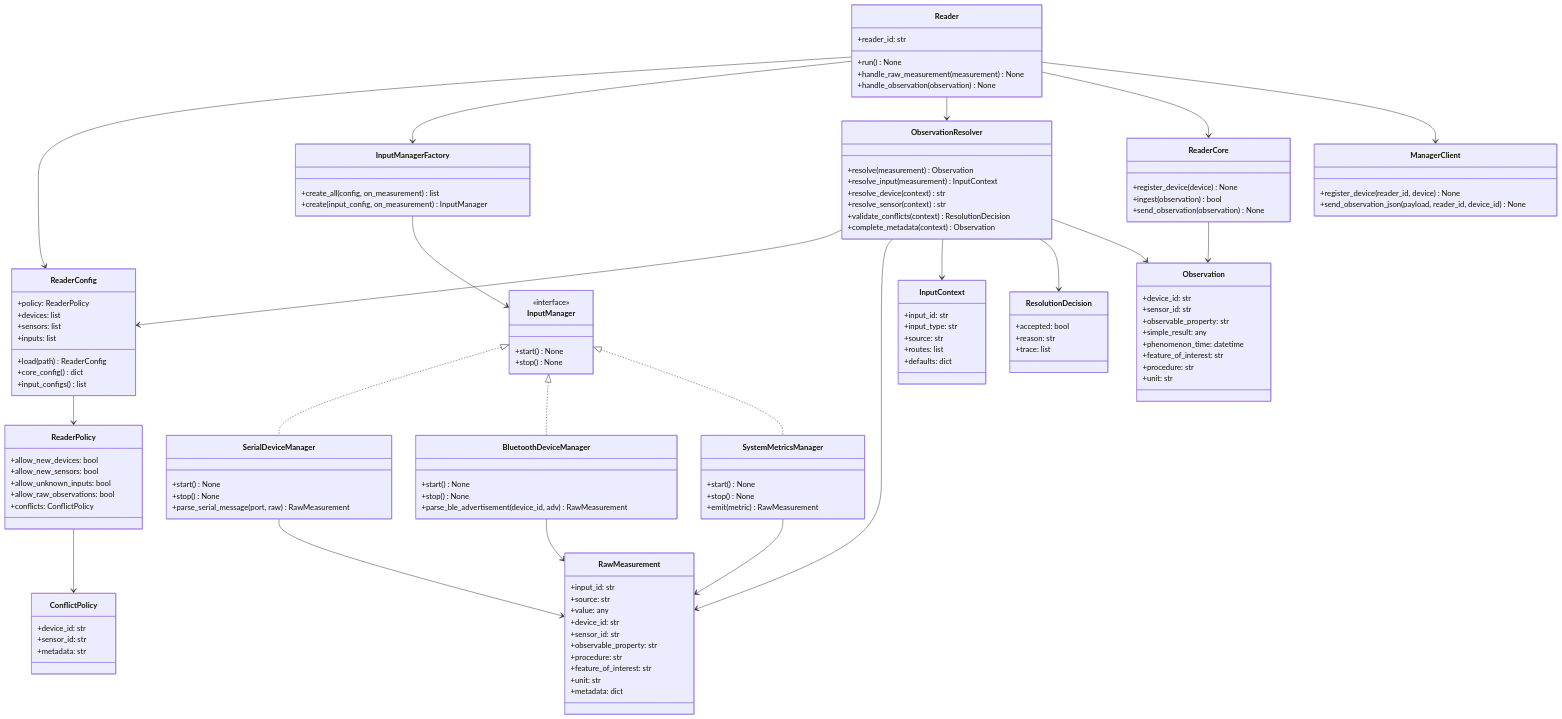
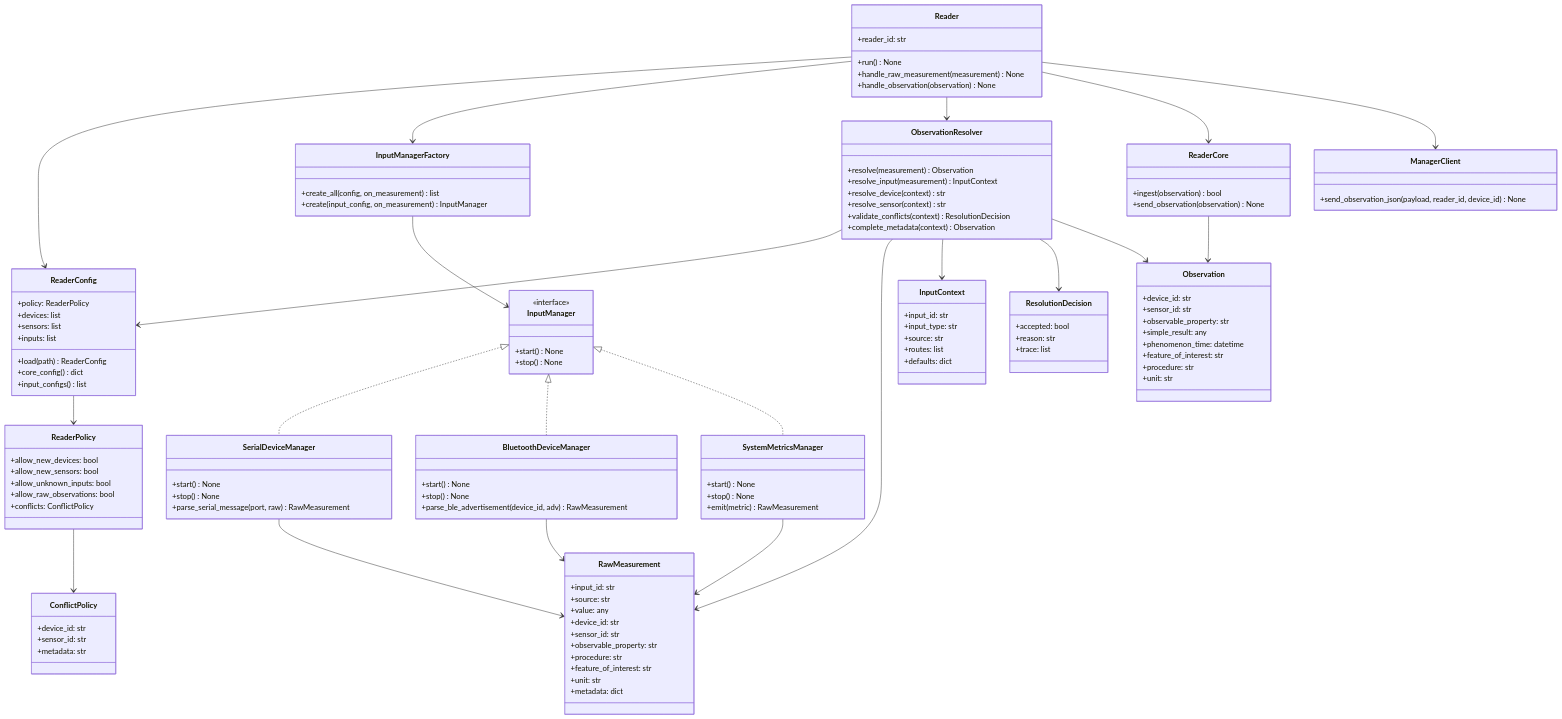
Before and after one commit to ParriCode/phonedo: the second of 2 diagrams in docs/overview.md, drawn with Mermaid. The commit also changed other lines of this file and 38 other files, not shown here.

```diff
--- a/docs/overview.md
+++ b/docs/overview.md
@@ -875,13 +874,11 @@
     }
 
     class ReaderCore {
-        +register_device(device) None
         +ingest(observation) bool
         +send_observation(observation) None
     }
 
     class ManagerClient {
-        +register_device(reader_id, device) None
         +send_observation_json(payload, reader_id, device_id) None
     }
 
```
